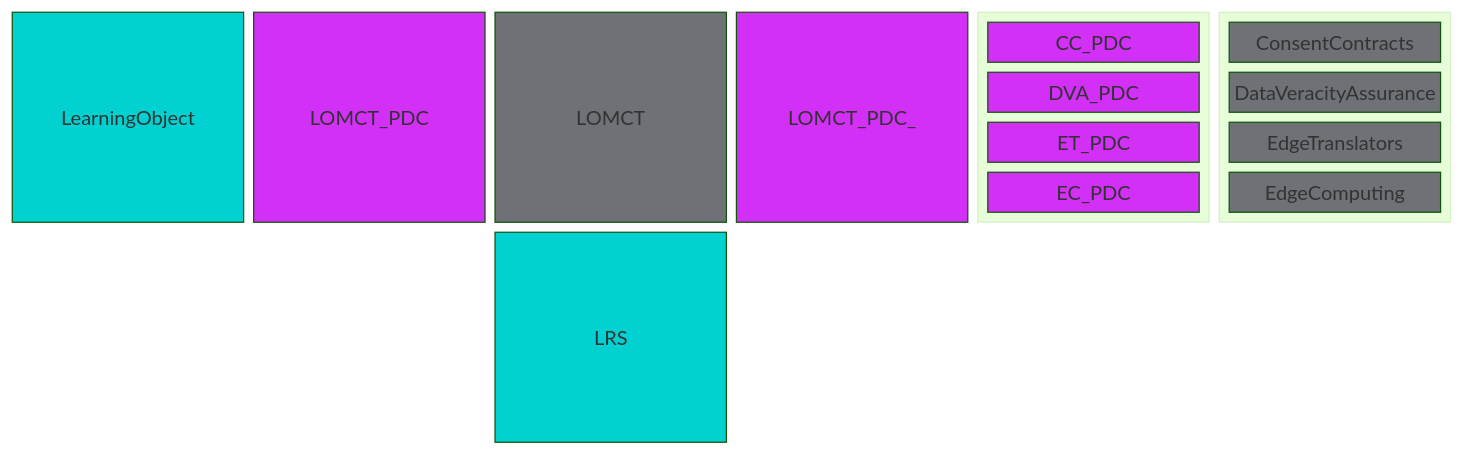
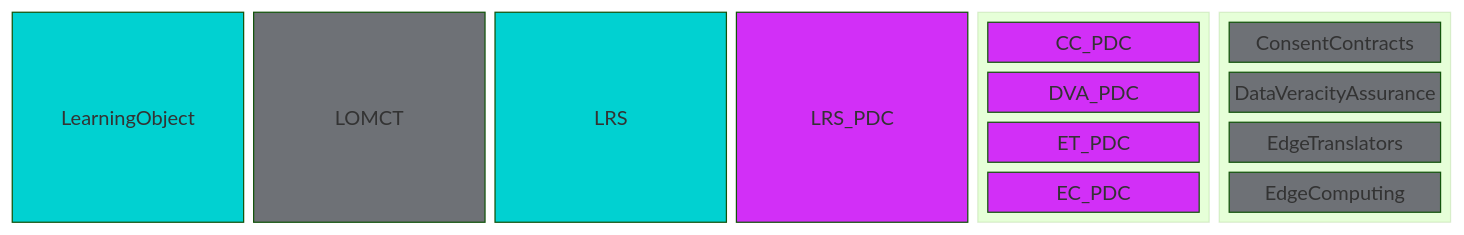
Before and after one commit to Prometheus-X-association/lomct: the first of 4 diagrams in docs/design-document.md, drawn with Mermaid (forest theme). The commit also changed other lines of this file, not shown here.

````diff
--- a/docs/design-document.md
+++ b/docs/design-document.md
@@ -235,36 +236,33 @@
 ```mermaid
 
 block-beta
 
 columns 6
-LearningObject:1 LOMCT_PDC:1 LOMCT:1 LOMCT_PDC_:1
+LearningObject:1 LOMCT:1 LRS:1 LRS_PDC:1
 
 block:group1
 columns 1
 CC_PDC DVA_PDC ET_PDC EC_PDC
 end
 
 block:group2
 columns 1
 ConsentContracts DataVeracityAssurance EdgeTranslators EdgeComputing
 end
 
-space:2 LRS:1
-
 classDef colorA fill:#D22FF7,color:#fff
 classDef colorEx fill:#01D1D1,color:#fff
 classDef colorED fill:#6E7176,color:#fff
 class LearningObject colorEx
 class LRS colorEx
 class LOMCT colorED
 class EdgeComputing colorED
 class ConsentContracts colorED
 class DataVeracityAssurance colorED
 class EdgeTranslators colorED
-class LOMCT_PDC colorA
-class LOMCT_PDC_ colorA
+class LRS_PDC colorA
 class EC_PDC colorA
 class CC_PDC colorA
 class ET_PDC colorA
 class DVA_PDC colorA
 ```
````
